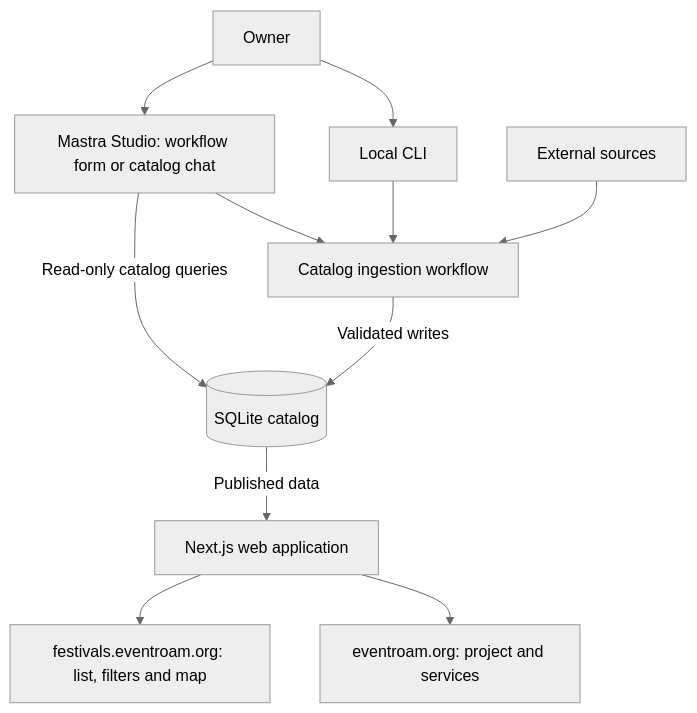
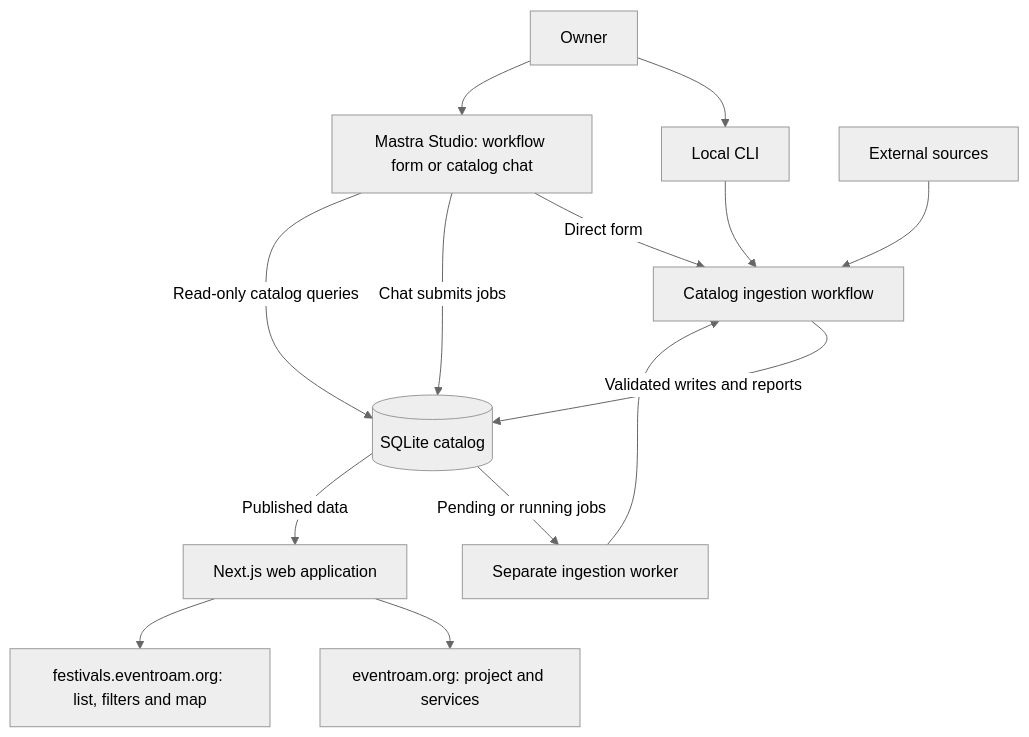
One commit to alex-karo/eventroam changed the first of 2 diagrams in README.md. Above: the diagram before and after it, drawn with Mermaid (neutral theme). The commit also changed other lines of this file and 52 other files, not shown here.

Commit message:
feat(ingestion): process durable jobs in a separate worker

````diff
--- a/README.md
+++ b/README.md
@@ -18,13 +18,16 @@
 ```mermaid
 flowchart TD
     Owner[Owner] --> CLI[Local CLI]
     Owner --> Studio[Mastra Studio: workflow form or catalog chat]
     CLI --> Ingestion[Catalog ingestion workflow]
-    Studio --> Ingestion
+    Studio -->|Direct form| Ingestion
+    Studio -->|Chat submits jobs| DB[(SQLite catalog)]
+    DB -->|Pending or running jobs| Worker[Separate ingestion worker]
+    Worker --> Ingestion
     Sources[External sources] --> Ingestion
-    Ingestion -->|Validated writes| DB[(SQLite catalog)]
+    Ingestion -->|Validated writes and reports| DB
     Studio -->|Read-only catalog queries| DB
     DB -->|Published data| Web[Next.js web application]
     Web --> Apex[eventroam.org: project and services]
     Web --> Festivals[festivals.eventroam.org: list, filters and map]
 ```
````
